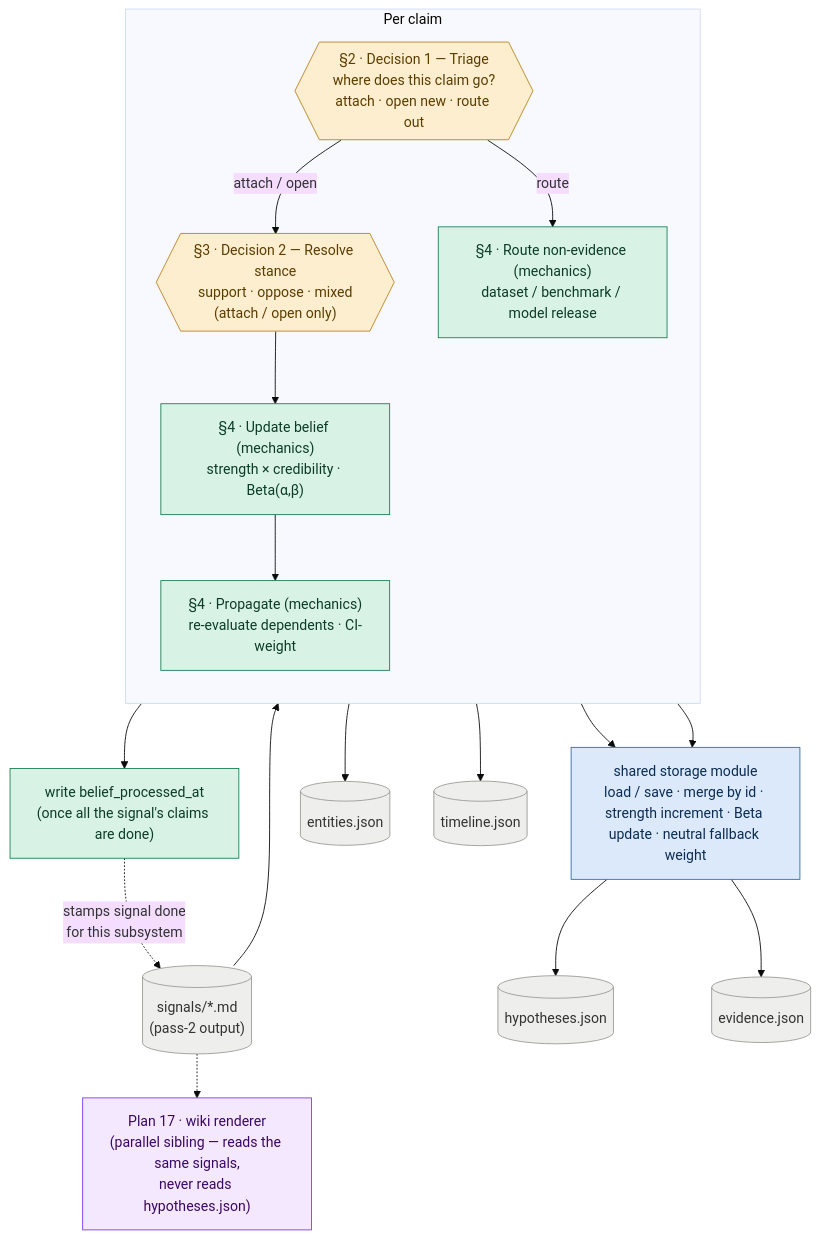
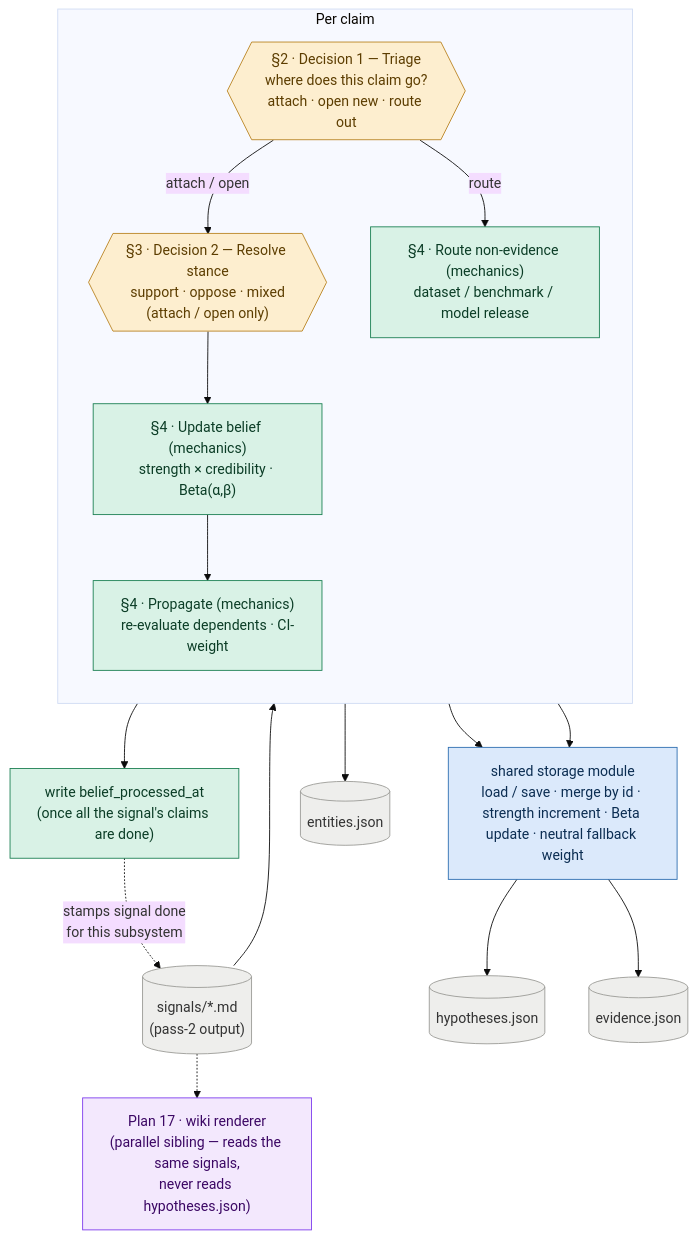
Before and after one commit to jmamath/distill: the diagram in docs/planning/backlog/9_knowledge_update_loop.md, drawn with Mermaid (base theme). The commit also changed other lines of this file and 4 other files, not shown here.

First line of the commit message:
Split Plan 9 into belief graph (Plan 9) and wiki renderer (Plan 17)

````diff
--- a/docs/planning/backlog/9_knowledge_update_loop.md
+++ b/docs/planning/backlog/9_knowledge_update_loop.md
@@ -26,38 +28,37 @@
 ```mermaid
 flowchart TB
     sig[("signals/*.md<br/>(pass-2 output)")]:::data
 
     subgraph perclaim["Per claim"]
         direction TB
         d1{{"§2 · Decision 1 — Triage<br/>where does this claim go?<br/>attach · open new · route out"}}:::llm
         d2{{"§3 · Decision 2 — Resolve stance<br/>support · oppose · mixed<br/>(attach / open only)"}}:::llm
         belief["§4 · Update belief (mechanics)<br/>strength × credibility · Beta(α,β)"]:::det
         prop["§4 · Propagate (mechanics)<br/>re-evaluate dependents · CI-weight"]:::det
         route["§4 · Route non-evidence (mechanics)<br/>dataset / benchmark / model release"]:::det
     end
 
     store["shared storage module<br/>load / save · merge by id · strength increment · Beta update · neutral fallback weight"]:::store
     done["write belief_processed_at<br/>(once all the signal's claims are done)"]:::det
 
     sig --> d1
     d1 -->|attach / open| d2
     d1 -->|route| route
     d2 --> belief --> prop
     belief --> store
     prop --> store
     store --> hyp[("hypotheses.json")]:::data
     store --> ev[("evidence.json")]:::data
     route --> ent[("entities.json")]:::data
-    route --> tl[("timeline.json")]:::data
     perclaim --> done
     done -. "stamps signal done<br/>for this subsystem" .-> sig
 
     renderer["Plan 17 · wiki renderer<br/>(parallel sibling — reads the same signals,<br/>never reads hypotheses.json)"]:::ext
     sig -.-> renderer
 
     classDef llm fill:#fdeecf,stroke:#b9821f,color:#5c3d00;
     classDef det fill:#d9f2e6,stroke:#1a7f52,color:#0b3d26;
     classDef store fill:#dbe9fb,stroke:#2b6cb0,color:#0b2d52;
     classDef data fill:#eeeeec,stroke:#9a9a96,color:#333333;
     classDef ext fill:#f3e8fd,stroke:#7c3aed,color:#3b0764;
 ```
````
